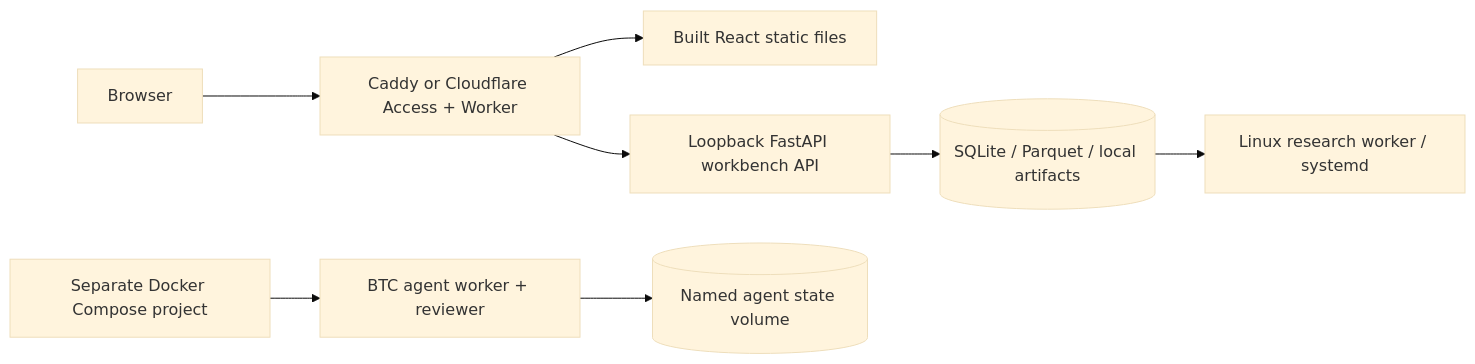
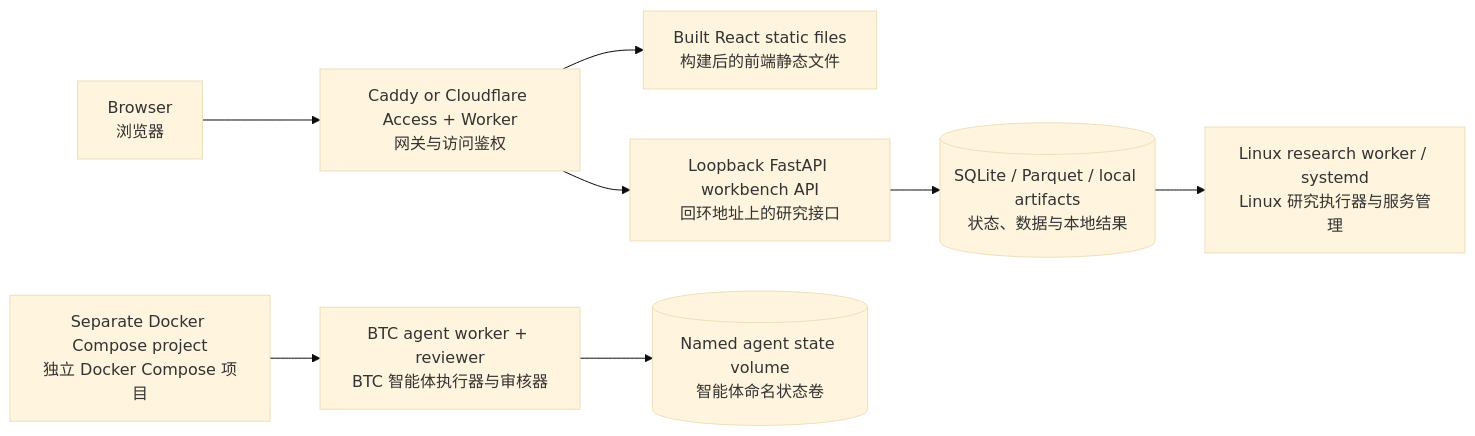
Before and after one commit to bridge-win/qt: the fourth of 4 diagrams in docs/technical-architecture.md, drawn with Mermaid (base theme). The commit also changed other lines of this file and 2 other files, not shown here.

````diff
--- a/docs/technical-architecture.md
+++ b/docs/technical-architecture.md
@@ -91,10 +107,10 @@
 ```mermaid
 flowchart LR
-  USER["Browser"] --> EDGE["Caddy or Cloudflare Access + Worker"]
-  EDGE --> WEB["Built React static files"]
-  EDGE --> API["Loopback FastAPI workbench API"]
-  API --> STATE[("SQLite / Parquet / local artifacts")]
-  STATE --> WORKER["Linux research worker / systemd"]
-  DOCKER["Separate Docker Compose project"] --> AGENT["BTC agent worker + reviewer"]
-  AGENT --> VOL[("Named agent state volume")]
+  USER["Browser<br/>浏览器"] --> EDGE["Caddy or Cloudflare Access + Worker<br/>网关与访问鉴权"]
+  EDGE --> WEB["Built React static files<br/>构建后的前端静态文件"]
+  EDGE --> API["Loopback FastAPI workbench API<br/>回环地址上的研究接口"]
+  API --> STATE[("SQLite / Parquet / local artifacts<br/>状态、数据与本地结果")]
+  STATE --> WORKER["Linux research worker / systemd<br/>Linux 研究执行器与服务管理"]
+  DOCKER["Separate Docker Compose project<br/>独立 Docker Compose 项目"] --> AGENT["BTC agent worker + reviewer<br/>BTC 智能体执行器与审核器"]
+  AGENT --> VOL[("Named agent state volume<br/>智能体命名状态卷")]
 ```
````
